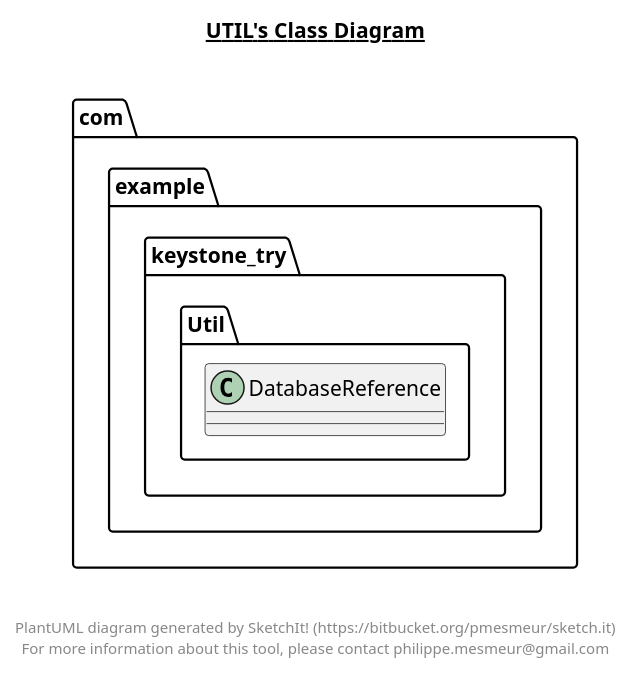
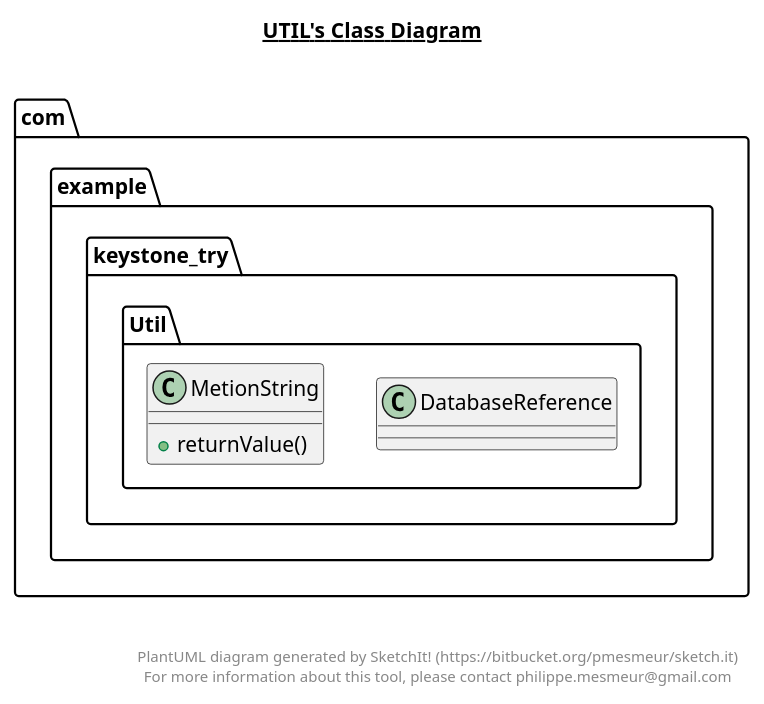
One commit to BohanShi/keystone_try changed the diagram in app/src/main/java/com/example/keystone_try/Util/Util.plantuml. Above: the diagram before and after it, drawn with PlantUML. The commit also changed 22 other files, not shown here.

```diff
--- a/app/src/main/java/com/example/keystone_try/Util/Util.plantuml
+++ b/app/src/main/java/com/example/keystone_try/Util/Util.plantuml
@@ -1,22 +1,31 @@
 @startuml
 
 title __UTIL's Class Diagram__\n
 
   namespace com.example.keystone_try {
     namespace Util {
       class com.example.keystone_try.Util.DatabaseReference {
+      }
+    }
+  }
+  
+
+  namespace com.example.keystone_try {
+    namespace Util {
+      class com.example.keystone_try.Util.MetionString {
+          + returnValue()
       }
     }
   }
   
 
 
 
 right footer
 
 
 PlantUML diagram generated by SketchIt! (https://bitbucket.org/pmesmeur/sketch.it)
 For more information about this tool, please contact philippe.mesmeur@gmail.com
 endfooter
 
 @enduml
```
